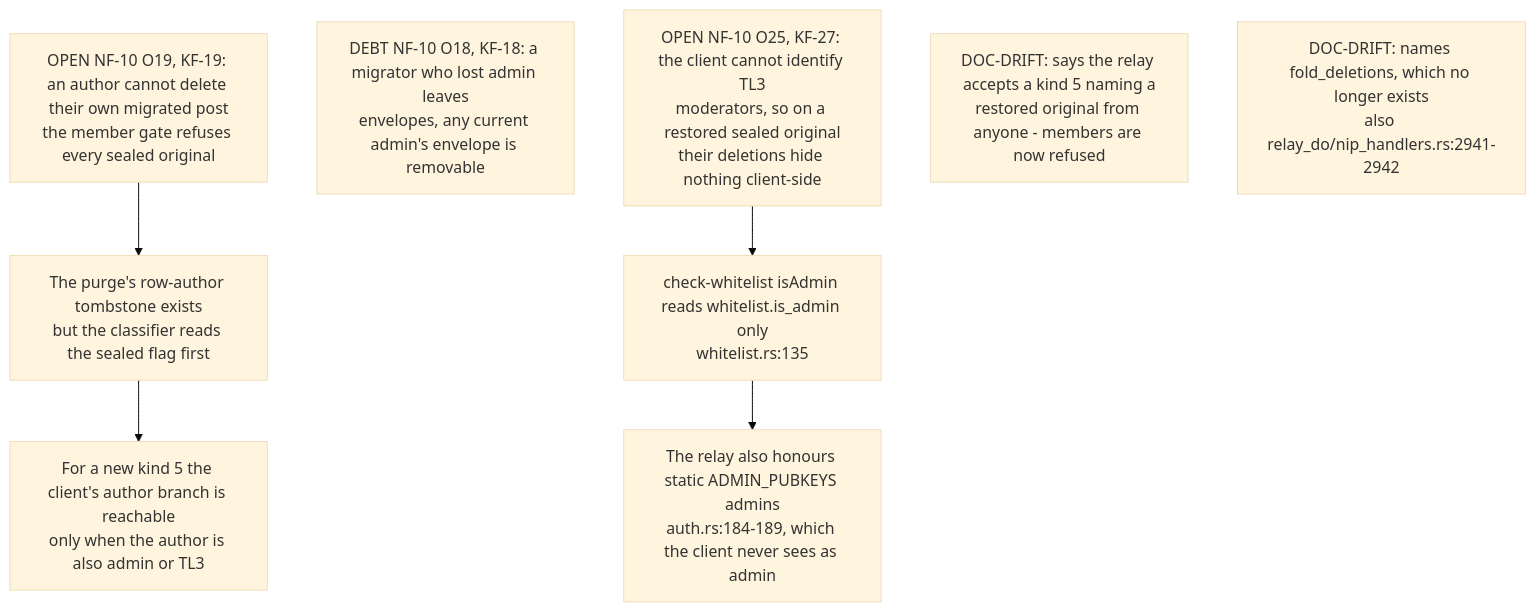
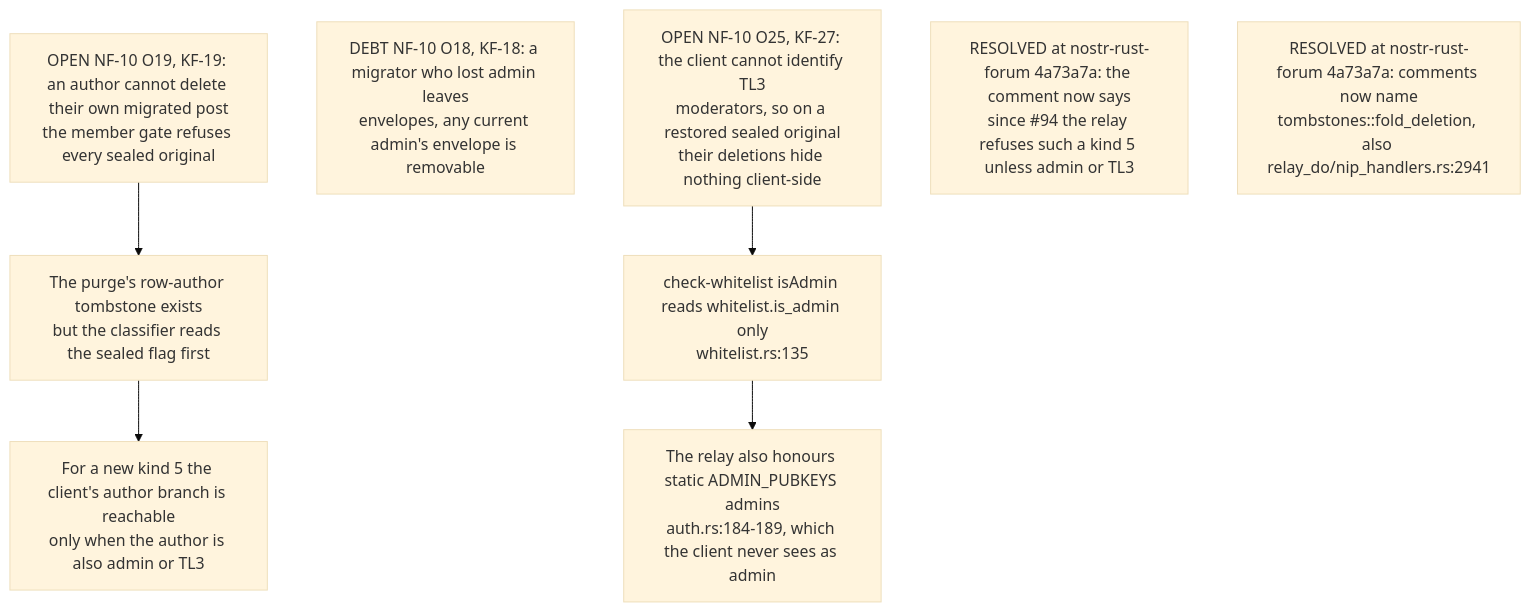
One commit to DreamLab-AI/VisionFlow changed the eighth of 8 diagrams in docs/diagrams/nostr-rust-forum/26-sealed-history-migration-and-reader-contracts.md. Above: the diagram before and after it, drawn with Mermaid (base theme). The commit also changed other lines of this file and 10 other files, not shown here.

First line of the commit message:
diagrams(nostr-rust-forum): re-verify NF-13/14/17/18/20/21/22/24/26/27/28 at kit 4a73a7a

````diff
--- a/docs/diagrams/nostr-rust-forum/26-sealed-history-migration-and-reader-contracts.md
+++ b/docs/diagrams/nostr-rust-forum/26-sealed-history-migration-and-reader-contracts.md
@@ -202,26 +202,26 @@
 ```mermaid
 flowchart TB
-    %% Source: ../nostr-rust-forum/crates/nostr-bbs-relay-worker/src/relay_do/nip_handlers.rs:2963
+    %% Source: ../nostr-rust-forum/crates/nostr-bbs-relay-worker/src/relay_do/nip_handlers.rs:2965
     O19["OPEN NF-10 O19, KF-19: an author cannot delete their own migrated post<br/>the member gate refuses every sealed original"]
     %% Source: ../nostr-rust-forum/crates/nostr-bbs-relay-worker/src/lib.rs:870
     O19B["The purge's row-author tombstone exists<br/>but the classifier reads the sealed flag first"]
-    %% Source: ../nostr-rust-forum/crates/nostr-bbs-forum-client/src/stores/tombstones.rs:121
+    %% Source: ../nostr-rust-forum/crates/nostr-bbs-forum-client/src/stores/tombstones.rs:123
     DEAD["For a new kind 5 the client's author branch is reachable<br/>only when the author is also admin or TL3"]
-    %% Source: ../nostr-rust-forum/crates/nostr-bbs-relay-worker/src/relay_do/nip_handlers.rs:3396
+    %% Source: ../nostr-rust-forum/crates/nostr-bbs-relay-worker/src/relay_do/nip_handlers.rs:3398
     O18["DEBT NF-10 O18, KF-18: a migrator who lost admin leaves<br/>envelopes, any current admin's envelope is removable"]
-    %% Source: ../nostr-rust-forum/crates/nostr-bbs-forum-client/src/stores/tombstones.rs:17
+    %% Source: ../nostr-rust-forum/crates/nostr-bbs-forum-client/src/stores/tombstones.rs:19
     O25["OPEN NF-10 O25, KF-27: the client cannot identify TL3<br/>moderators, so on a restored sealed original<br/>their deletions hide nothing client-side"]
     %% Source: ../nostr-rust-forum/crates/nostr-bbs-relay-worker/src/whitelist.rs:180
     O25B["check-whitelist isAdmin reads whitelist.is_admin only<br/>whitelist.rs:135"]
     %% Source: ../nostr-rust-forum/crates/nostr-bbs-relay-worker/src/auth.rs:184
     O25C["The relay also honours static ADMIN_PUBKEYS admins<br/>auth.rs:184-189, which the client never sees as admin"]
-    %% Source: ../nostr-rust-forum/crates/nostr-bbs-forum-client/src/stores/tombstones.rs:13
-    DRIFT1["DOC-DRIFT: says the relay accepts a kind 5 naming a<br/>restored original from anyone - members are now refused"]
+    %% Source: ../nostr-rust-forum/crates/nostr-bbs-forum-client/src/stores/tombstones.rs:14
+    DRIFT1["RESOLVED at nostr-rust-forum 4a73a7a: the comment now says<br/>since #94 the relay refuses such a kind 5 unless admin or TL3"]
     %% Source: ../nostr-rust-forum/crates/nostr-bbs-relay-worker/src/admin_events.rs:18
-    DRIFT2["DOC-DRIFT: names fold_deletions, which no longer exists<br/>also relay_do/nip_handlers.rs:2941-2942"]
+    DRIFT2["RESOLVED at nostr-rust-forum 4a73a7a: comments now name<br/>tombstones::fold_deletion, also relay_do/nip_handlers.rs:2941"]
     O19 --> O19B --> DEAD
     O25 --> O25B --> O25C
     O18
     DRIFT1
     DRIFT2
 ```
````
